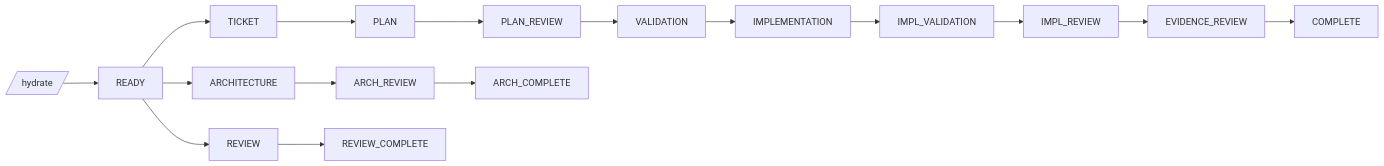
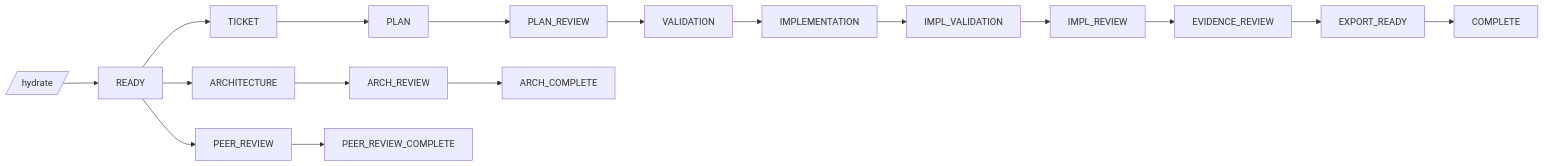
One commit to koeppben23/governed-runtime changed the diagram in PRODUCT_IDENTITY.md. Above: the diagram before and after it, drawn with Mermaid. The commit also changed other lines of this file and 833 other files, not shown here.

````diff
--- a/PRODUCT_IDENTITY.md
+++ b/PRODUCT_IDENTITY.md
@@ -148,13 +149,13 @@
 ```mermaid
 flowchart LR
     HYD[/hydrate/] --> READY
     READY --> TICKET
     READY --> ARCH[ARCHITECTURE]
-    READY --> REVIEW
+    READY --> PEER_REVIEW
 
-    TICKET --> PLAN --> PLAN_REV[PLAN_REVIEW] --> VAL[VALIDATION] --> IMPL[IMPLEMENTATION] --> IMPL_VAL[IMPL_VALIDATION] --> IMPL_REV[IMPL_REVIEW] --> EVID_REV[EVIDENCE_REVIEW] --> COMPLETE
+    TICKET --> PLAN --> PLAN_REV[PLAN_REVIEW] --> VAL[VALIDATION] --> IMPL[IMPLEMENTATION] --> IMPL_VAL[IMPL_VALIDATION] --> IMPL_REV[IMPL_REVIEW] --> EVID_REV[EVIDENCE_REVIEW] --> EXPORT_READY --> COMPLETE
 
     ARCH --> ARCH_REV[ARCH_REVIEW] --> ARCH_COMPLETE
 
-    REVIEW --> REVIEW_COMPLETE
+    PEER_REVIEW --> PEER_REVIEW_COMPLETE
 ```
````
